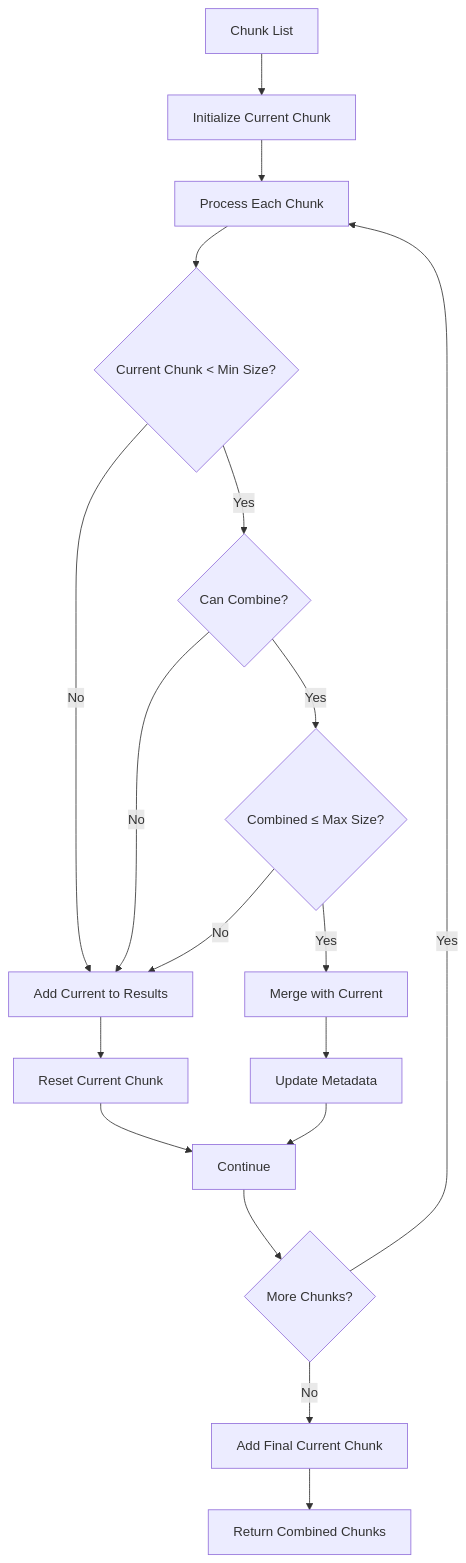
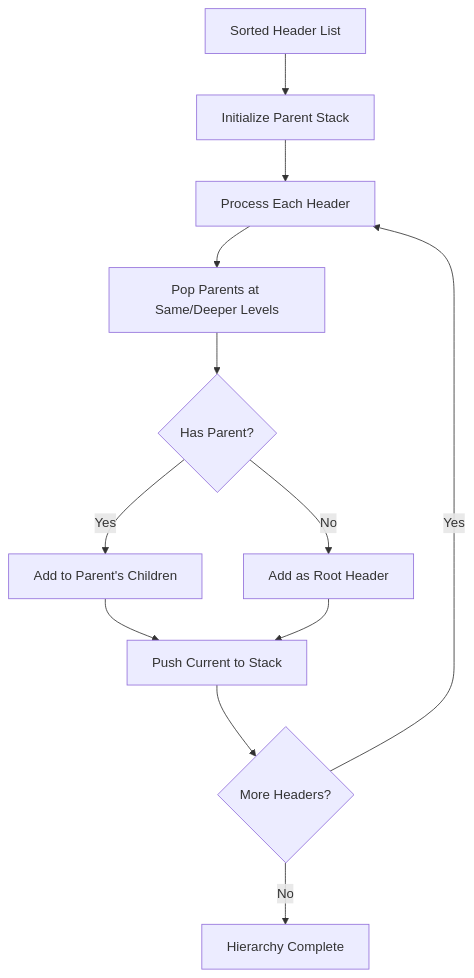
Before and after one commit to asukhodko/dify-markdown-chunker: the sixth of 11 diagrams in .qoder/repowiki/en/content/Chunking Strategies/Structural Strategy.md, drawn with Mermaid. The commit also changed other lines of this file and 205 other files, not shown here.

````diff
--- a/.qoder/repowiki/en/content/Chunking Strategies/Structural Strategy.md
+++ b/.qoder/repowiki/en/content/Chunking Strategies/Structural Strategy.md
@@ -427,20 +255,14 @@
 ```mermaid
 flowchart TD
-A["Chunk List"] --> B["Initialize Current Chunk"]
-B --> C["Process Each Chunk"]
-C --> D{"Current Chunk < Min Size?"}
-D --> |No| E["Add Current to Results"]
-D --> |Yes| F{"Can Combine?"}
-F --> |No| E
-F --> |Yes| G{"Combined ≤ Max Size?"}
-G --> |No| E
-G --> |Yes| H["Merge with Current"]
-H --> I["Update Metadata"]
-I --> J["Continue"]
-E --> K["Reset Current Chunk"]
-K --> J
-J --> L{"More Chunks?"}
-L --> |Yes| C
-L --> |No| M["Add Final Current Chunk"]
-M --> N["Return Combined Chunks"]
+Headers[Sorted Header List] --> Stack[Initialize Parent Stack]
+Stack --> ProcessHeader[Process Each Header]
+ProcessHeader --> PopStack["Pop Parents at Same/Deeper Levels"]
+PopStack --> SetParent{"Has Parent?"}
+SetParent --> |Yes| AddToParent["Add to Parent's Children"]
+SetParent --> |No| AddToRoot["Add as Root Header"]
+AddToParent --> PushCurrent["Push Current to Stack"]
+AddToRoot --> PushCurrent
+PushCurrent --> MoreHeaders{"More Headers?"}
+MoreHeaders --> |Yes| ProcessHeader
+MoreHeaders --> |No| Complete[Hierarchy Complete]
 ```
````
